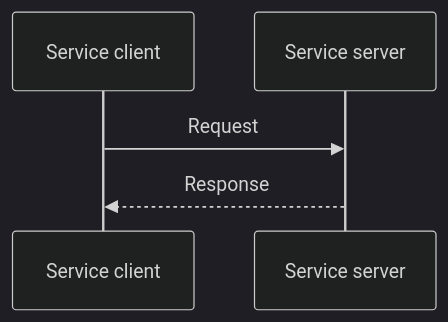
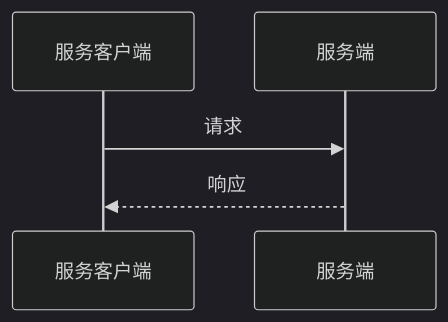
Before and after one commit to pixmoving-kit/ros2_documentation: the second of 3 diagrams in source/Concepts/Basic/Interfaces-Topics-Services-Actions.md, drawn with Mermaid (dark theme). The commit also changed other lines of this file and 309 other files, not shown here.

````diff
--- a/source/Concepts/Basic/Interfaces-Topics-Services-Actions.md
+++ b/source/Concepts/Basic/Interfaces-Topics-Services-Actions.md
@@ -85,9 +68,7 @@
-``` mermaid
-
-        sequenceDiagram
- participant Service client
- participant Service server
- Service client->>Service server: Request
- Service server-->>Service client: Response
-    
+```mermaid
+sequenceDiagram
+ participant c as 服务客户端
+ participant s as 服务端
+ c->>s: 请求
+ s-->>c: 响应
 ```
````
